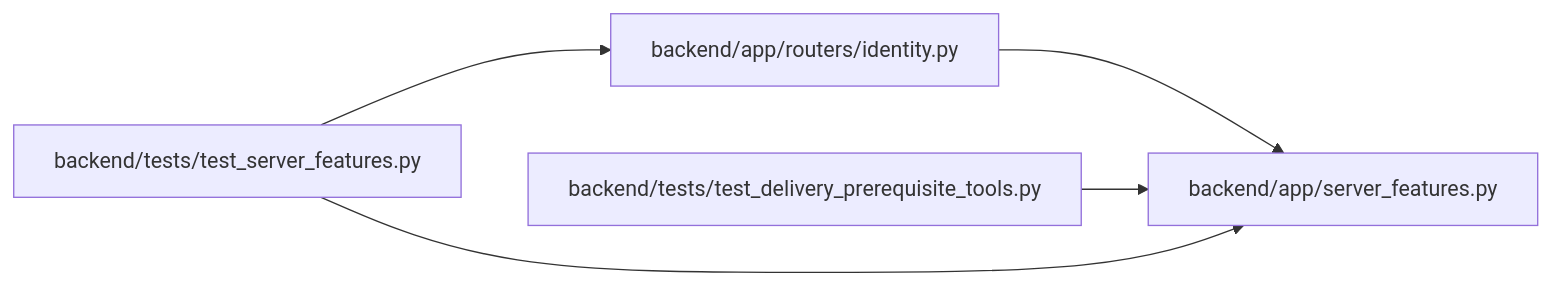
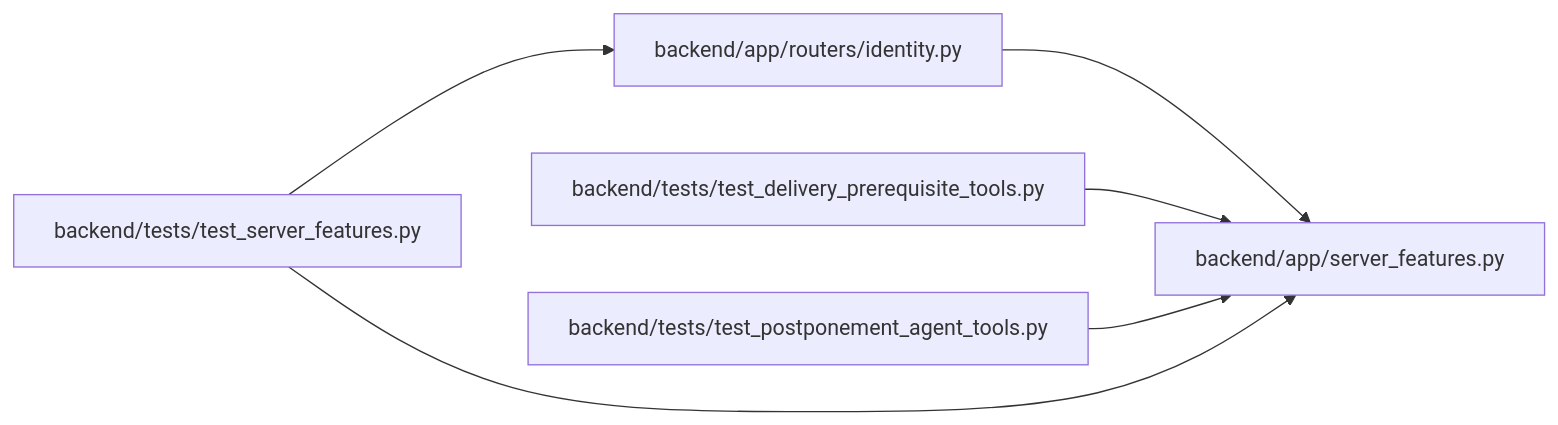
One commit to Denissvgn/WorkChord changed the diagram in docs/llm_wiki/modules/server_features.md. Above: the diagram before and after it, drawn with Mermaid. The commit also changed other lines of this file and 674 other files, not shown here.

Commit message:
Sync the architectural wiki for the postponement agent tools

````diff
--- a/docs/llm_wiki/modules/server_features.md
+++ b/docs/llm_wiki/modules/server_features.md
@@ -16,15 +16,18 @@
 ```mermaid
 flowchart LR
     n0["backend/app/routers/identity.py"]
     n1["backend/app/server_features.py"]
     n2["backend/tests/test_delivery_prerequisite_tools.py"]
-    n3["backend/tests/test_server_features.py"]
+    n3["backend/tests/test_postponement_agent_tools.py"]
+    n4["backend/tests/test_server_features.py"]
     n0 --> n1
     n2 --> n1
-    n3 --> n0
     n3 --> n1
+    n4 --> n0
+    n4 --> n1
     click n0 "../modules/routers_identity.md"
     click n1 "../modules/server_features.md"
     click n2 "../modules/test_delivery_prerequisite_tools.md"
-    click n3 "../modules/test_server_features.md"
+    click n3 "../modules/test_postponement_agent_tools.md"
+    click n4 "../modules/test_server_features.md"
 ```
````
